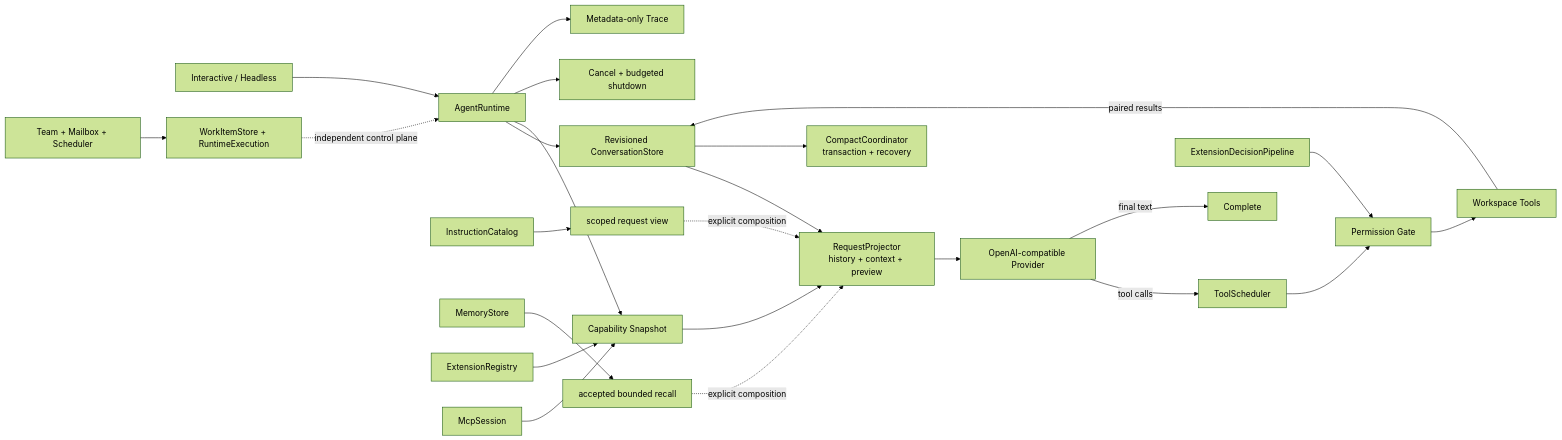
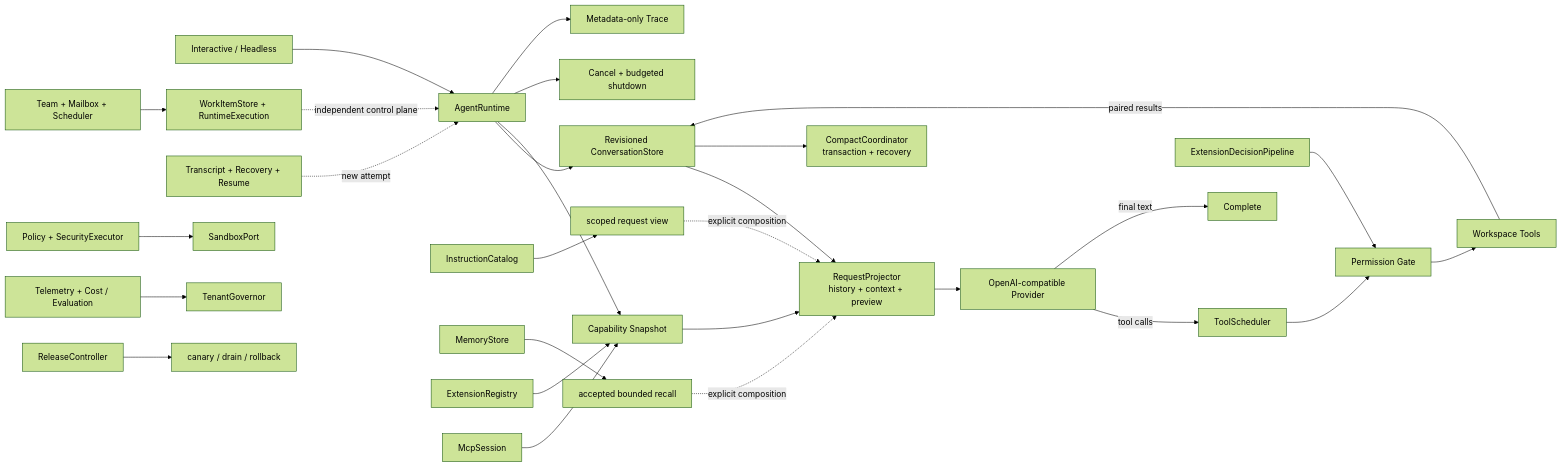
One commit to bai201928/claude-code-source-course changed the third of 3 diagrams in README.md. Above: the diagram before and after it, drawn with Mermaid (forest theme). The commit also changed other lines of this file and 270 other files, not shown here.

````diff
--- a/README.md
+++ b/README.md
@@ -90,26 +99,30 @@
 ```mermaid
 flowchart LR
   CLI["Interactive / Headless"] --> AR["AgentRuntime"]
   AR --> CS["Revisioned ConversationStore"]
   CS --> RP["RequestProjector\nhistory + context + preview"]
   CS --> COMPACT["CompactCoordinator\ntransaction + recovery"]
   INST["InstructionCatalog"] --> IV["scoped request view"]
   MEM["MemoryStore"] --> MV["accepted bounded recall"]
   IV -. "explicit composition" .-> RP
   MV -. "explicit composition" .-> RP
   AR --> SNAP["Capability Snapshot"]
   EXT["ExtensionRegistry"] --> SNAP
   MCP["McpSession"] --> SNAP
   SNAP --> RP
   RP --> LLM["OpenAI-compatible Provider"]
   LLM -->|"tool calls"| SCH["ToolScheduler"]
   SCH --> PG["Permission Gate"]
   HOOK["ExtensionDecisionPipeline"] --> PG
   PG --> TOOLS["Workspace Tools"]
   TOOLS -->|"paired results"| CS
   LLM -->|"final text"| DONE["Complete"]
   AR --> ABORT["Cancel + budgeted shutdown"]
   AR --> TRACE["Metadata-only Trace"]
   WORK["WorkItemStore + RuntimeExecution"] -. "independent control plane" .-> AR
   TEAM["Team + Mailbox + Scheduler"] --> WORK
+  TRANSCRIPT["Transcript + Recovery + Resume"] -. "new attempt" .-> AR
+  SECURITY["Policy + SecurityExecutor"] --> SANDBOX["SandboxPort"]
+  TELEMETRY["Telemetry + Cost / Evaluation"] --> GOV["TenantGovernor"]
+  RELEASE["ReleaseController"] --> WORKERS["canary / drain / rollback"]
 ```
````
